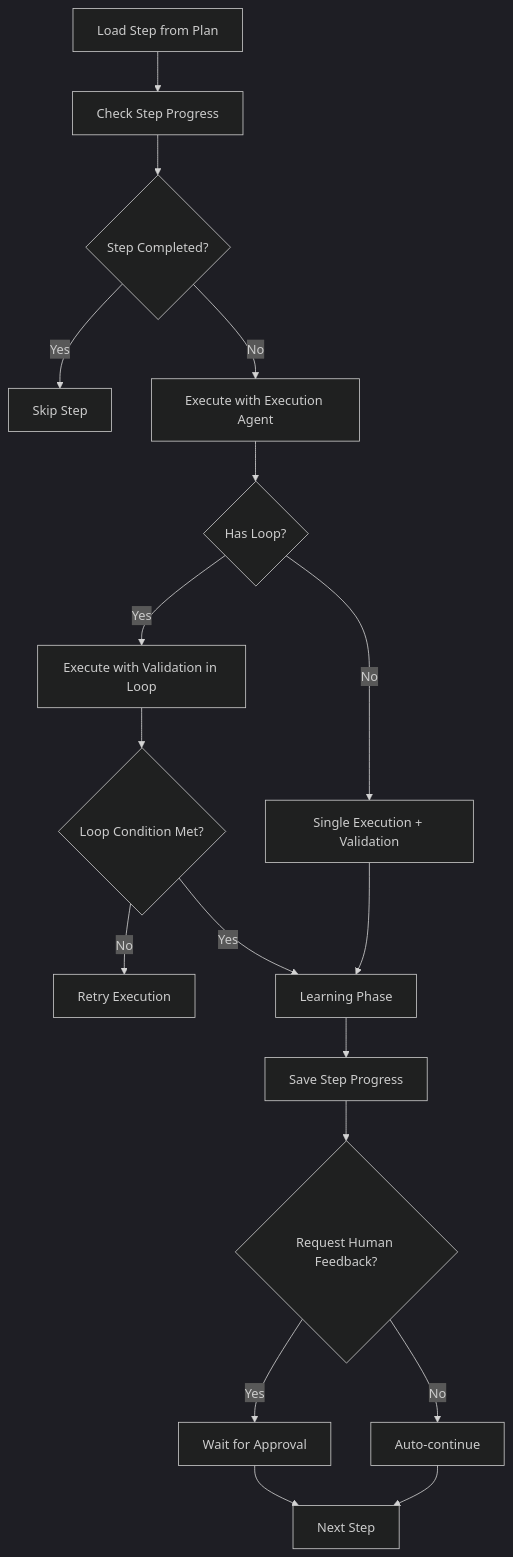
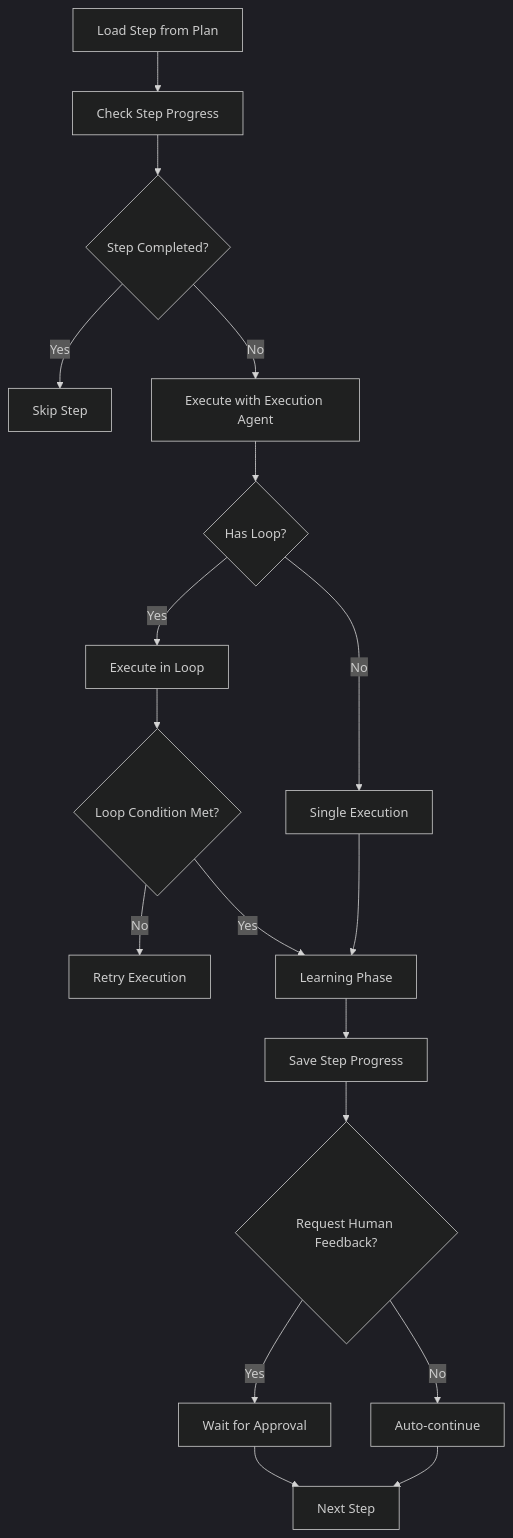
The first of 3 diagrams in docs/workflow_orchestrator.md (manishiitg/coding-agent-loop), drawn with Mermaid (dark theme) before and after one commit. The commit also changed other lines of this file and 114 other files, not shown here.

````diff
--- a/docs/workflow_orchestrator.md
+++ b/docs/workflow_orchestrator.md
@@ -80,20 +82,20 @@
 ```mermaid
 graph TD
     A[Load Step from Plan] --> B[Check Step Progress]
     B --> C{Step Completed?}
     C -->|Yes| D[Skip Step]
     C -->|No| E[Execute with Execution Agent]
     E --> F{Has Loop?}
-    F -->|Yes| G[Execute with Validation in Loop]
-    F -->|No| H[Single Execution + Validation]
+    F -->|Yes| G[Execute in Loop]
+    F -->|No| H[Single Execution]
     G --> I{Loop Condition Met?}
     I -->|No| J[Retry Execution]
     I -->|Yes| K[Learning Phase]
     H --> K
     K --> L[Save Step Progress]
     L --> M{Request Human Feedback?}
     M -->|Yes| N[Wait for Approval]
     M -->|No| O[Auto-continue]
     N --> P[Next Step]
     O --> P
 ```
````
